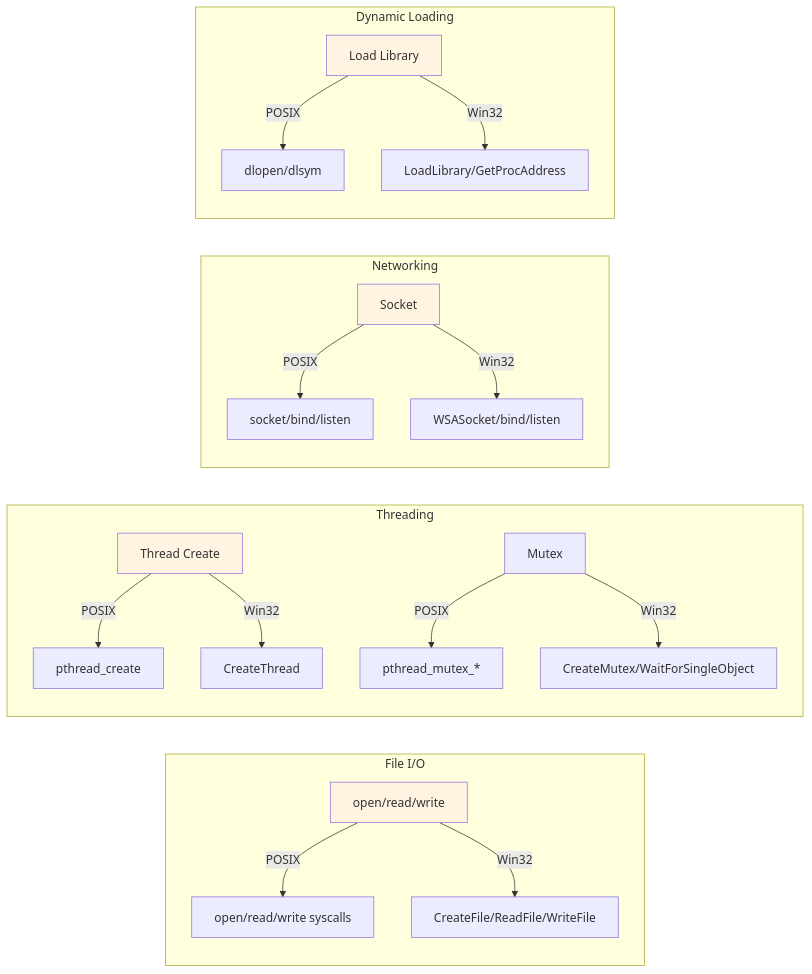
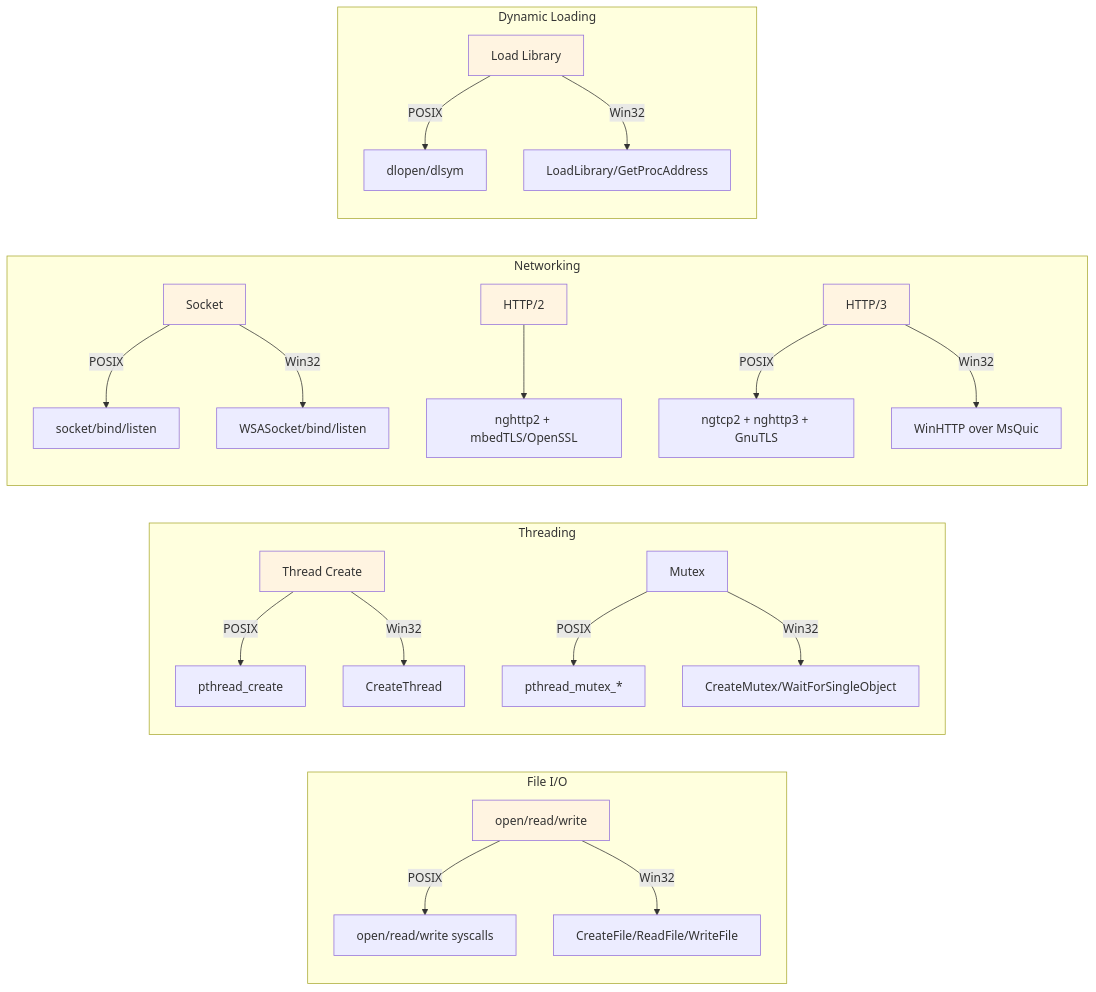
Diagram 23 of 28 in docs/architecture.md (objeck/objeck-lang), drawn with Mermaid before and after one commit. The commit also changed other lines of this file and 2 other files, not shown here.

First line of the commit message:
docs: HTTP protocol stack — backend split, header path, and capability reporting

````diff
--- a/docs/architecture.md
+++ b/docs/architecture.md
@@ -1101,30 +1101,35 @@
 ```mermaid
 graph LR
     subgraph "File I/O"
         A1[open/read/write] -->|POSIX| B1[open/read/write syscalls]
         A1 -->|Win32| B2[CreateFile/ReadFile/WriteFile]
     end
 
     subgraph "Threading"
         A2[Thread Create] -->|POSIX| C1[pthread_create]
         A2 -->|Win32| C2[CreateThread]
 
         A3[Mutex] -->|POSIX| C3[pthread_mutex_*]
         A3 -->|Win32| C4[CreateMutex/WaitForSingleObject]
     end
 
     subgraph "Networking"
         A4[Socket] -->|POSIX| D1[socket/bind/listen]
         A4 -->|Win32| D2[WSASocket/bind/listen]
+        A6[HTTP/2] --> D3[nghttp2 + mbedTLS/OpenSSL]
+        A7[HTTP/3] -->|POSIX| D4[ngtcp2 + nghttp3 + GnuTLS]
+        A7 -->|Win32| D5[WinHTTP over MsQuic]
     end
 
     subgraph "Dynamic Loading"
         A5[Load Library] -->|POSIX| E1[dlopen/dlsym]
         A5 -->|Win32| E2[LoadLibrary/GetProcAddress]
     end
 
     style A1 fill:#fff4e1
     style A2 fill:#fff4e1
     style A4 fill:#fff4e1
+    style A6 fill:#fff4e1
+    style A7 fill:#fff4e1
     style A5 fill:#fff4e1
 ```
````
